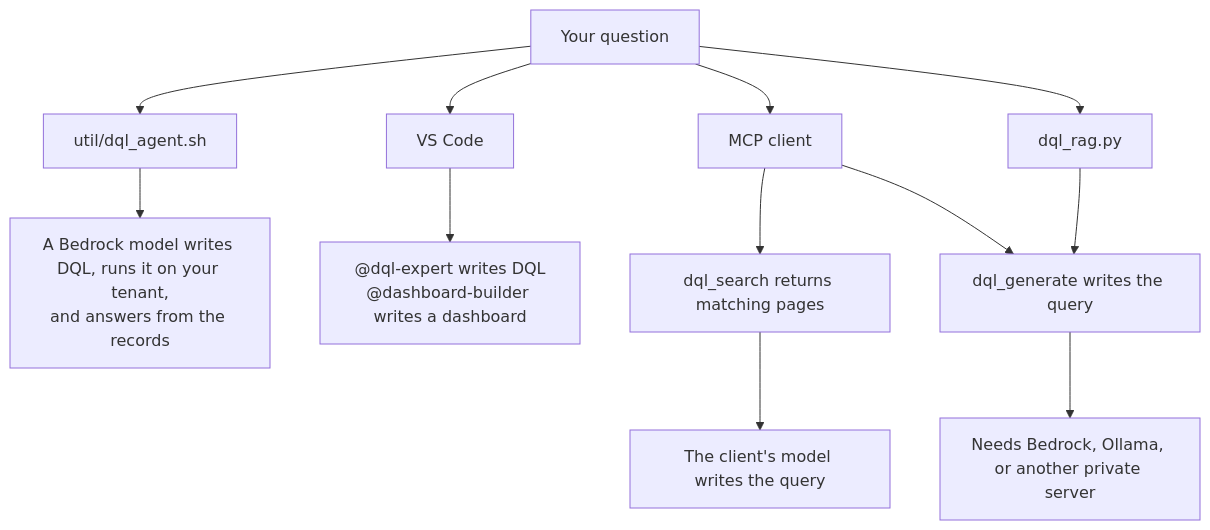
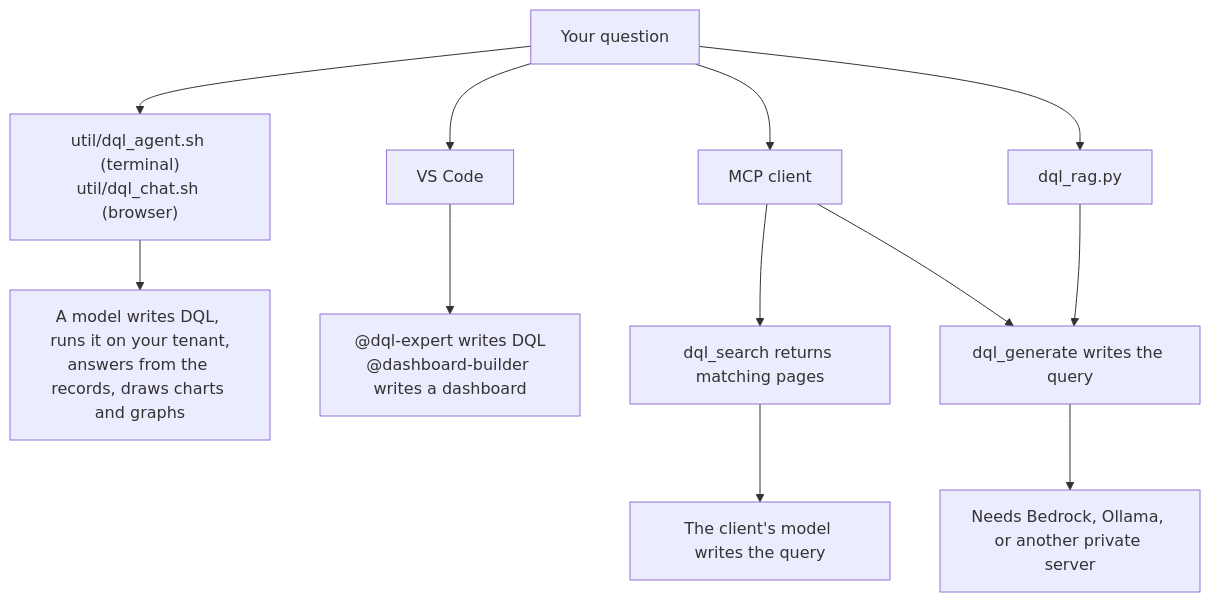
One commit to aachtenberg/dynatrace-dql-kb changed the diagram in README.md. Above: the diagram before and after it, drawn with Mermaid. The commit also changed other lines of this file and 7 other files, not shown here.

First line of the commit message:
dql_chat: container image and docs, including AWS deployment

````diff
--- a/README.md
+++ b/README.md
@@ -5,14 +5,14 @@
 ```mermaid
 flowchart TD
     Q["Your question"] --> IDE["VS Code"]
     Q --> MCP["MCP client"]
     Q --> CLI["dql_rag.py"]
-    Q --> Chat["util/dql_agent.sh"]
-    Chat --> Loop["A Bedrock model writes DQL, runs it on your tenant,<br/>and answers from the records"]
+    Q --> Chat["util/dql_agent.sh (terminal)<br/>util/dql_chat.sh (browser)"]
+    Chat --> Loop["A model writes DQL, runs it on your tenant,<br/>answers from the records, draws charts and graphs"]
     IDE --> Agents["@dql-expert writes DQL<br/>@dashboard-builder writes a dashboard"]
     MCP --> Search["dql_search returns matching pages"]
     Search --> Own["The client's model writes the query"]
     MCP --> Gen["dql_generate writes the query"]
     CLI --> Gen
     Gen --> Need["Needs Bedrock, Ollama, or another private server"]
 ```
````
